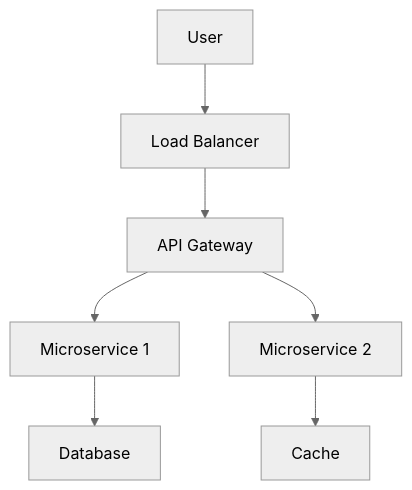
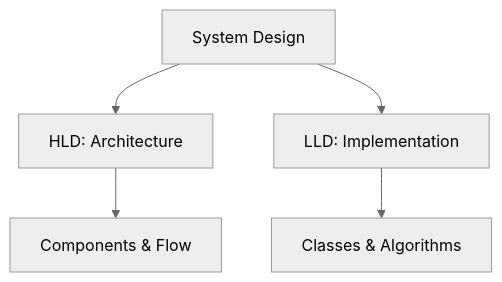
The diagram in lld-hld-basics/README.md (VrushankPatel/interview-matters), drawn with Mermaid (neutral theme) before and after one commit. The commit also changed other lines of this file and 1 other file, not shown here.

Commit message:
kb: add/update topics Popular System Designs LLD and HLD, LLD HLD basics, Replication vs Sharding vs Partitioning, Caching, Latency and Throughput zero to hero

````diff
--- a/lld-hld-basics/README.md
+++ b/lld-hld-basics/README.md
@@ -25,9 +49,7 @@
 ```mermaid
 graph TD
-    A[User] --> B[Load Balancer]
-    B --> C[API Gateway]
-    C --> D[Microservice 1]
-    C --> E[Microservice 2]
-    D --> F[Database]
-    E --> G[Cache]
+    A[System Design] --> B[HLD: Architecture]
+    A --> C[LLD: Implementation]
+    B --> D[Components & Flow]
+    C --> E[Classes & Algorithms]
 ```
````
